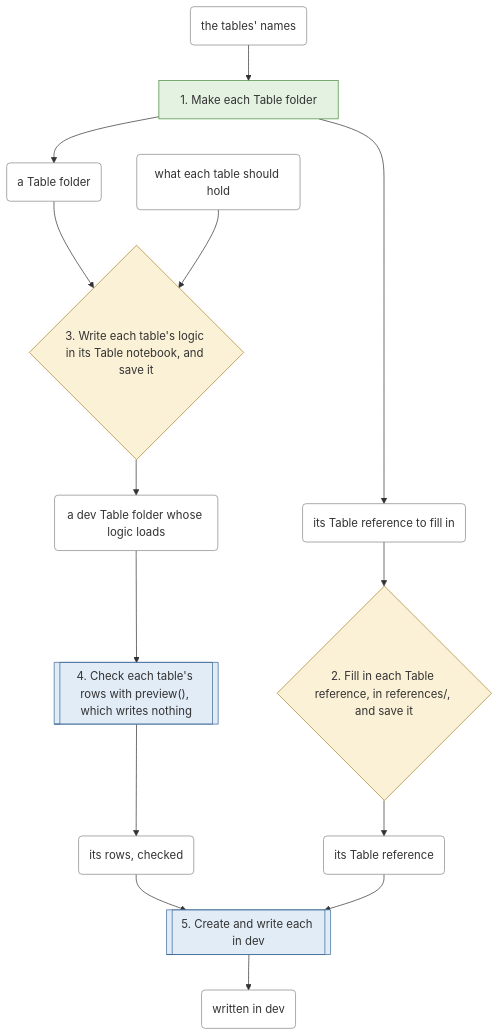
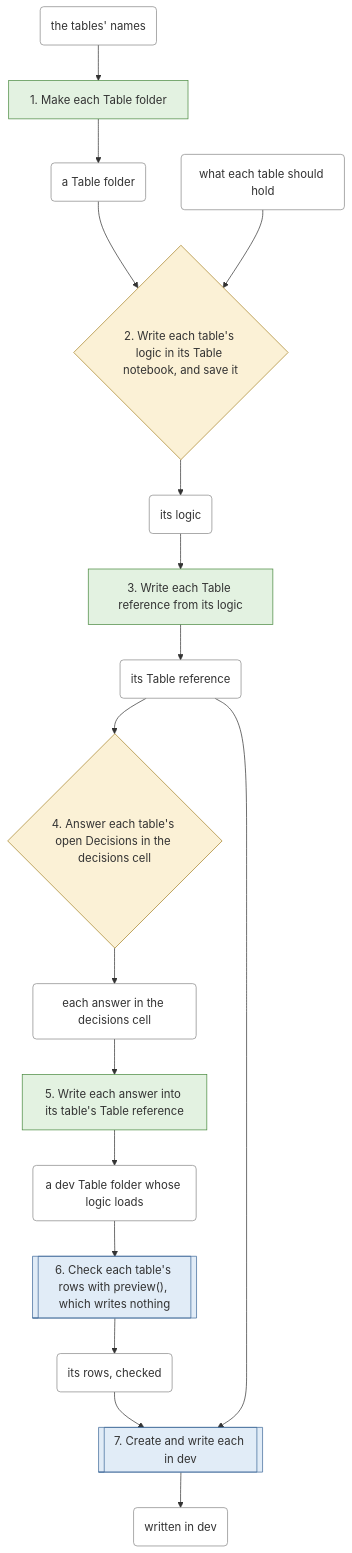
One commit to EdgyPage/SQL-Composer changed the fourth of 8 diagrams in docs/clean-branch-readme.md. Above: the diagram before and after it, drawn with Mermaid. The commit also changed other lines of this file and 40 other files, not shown here.

First line of the commit message:
feat(8.1): ticket 08, a new table's Table reference from its logic; D375 D376 D377 D378

````diff
--- a/docs/clean-branch-readme.md
+++ b/docs/clean-branch-readme.md
@@ -568,33 +569,39 @@
 ```mermaid
 flowchart TD
     s0["1. Make each Table folder"]:::files_only
-    s1{"2. Fill in each Table reference, in references/, and save it"}:::your_decision
-    s2{"3. Write each table's logic in its Table notebook, and save it"}:::your_decision
-    s3[["4. Check each table's rows with preview(), which writes nothing"]]:::warehouse_call
-    s4[["5. Create and write each in dev"]]:::warehouse_call
+    s1{"2. Write each table's logic in its Table notebook, and save it"}:::your_decision
+    s2["3. Write each Table reference from its logic"]:::files_only
+    s3{"4. Answer each table's open Decisions in the decisions cell"}:::your_decision
+    s4["5. Write each answer into its table's Table reference"]:::files_only
+    s5[["6. Check each table's rows with preview(), which writes nothing"]]:::warehouse_call
+    s6[["7. Create and write each in dev"]]:::warehouse_call
     t0("the tables' names"):::thing
     t1("a Table folder"):::thing
-    t2("its Table reference to fill in"):::thing
-    t3("its Table reference"):::thing
-    t4("what each table should hold"):::thing
-    t5("a dev Table folder whose logic loads"):::thing
-    t6("its rows, checked"):::thing
-    t7("written in dev"):::thing
+    t2("what each table should hold"):::thing
+    t3("its logic"):::thing
+    t4("its Table reference"):::thing
+    t5("each answer in the decisions cell"):::thing
+    t6("a dev Table folder whose logic loads"):::thing
+    t7("its rows, checked"):::thing
+    t8("written in dev"):::thing
     t0 --> s0
     s0 --> t1
-    s0 --> t2
+    t1 --> s1
     t2 --> s1
     s1 --> t3
-    t1 --> s2
-    t4 --> s2
-    s2 --> t5
-    t5 --> s3
-    s3 --> t6
-    t6 --> s4
-    t3 --> s4
-    s4 --> t7
+    t3 --> s2
+    s2 --> t4
+    t4 --> s3
+    s3 --> t5
+    t5 --> s4
+    s4 --> t6
+    t6 --> s5
+    s5 --> t7
+    t7 --> s6
+    t4 --> s6
+    s6 --> t8
     classDef files_only fill:#e3f2e1,stroke:#4a8a3f
     classDef warehouse_call fill:#e1ecf7,stroke:#3f6a9a
     classDef your_decision fill:#fbf1d6,stroke:#a8842a
     classDef thing fill:#ffffff,stroke:#888888
 ```
````
